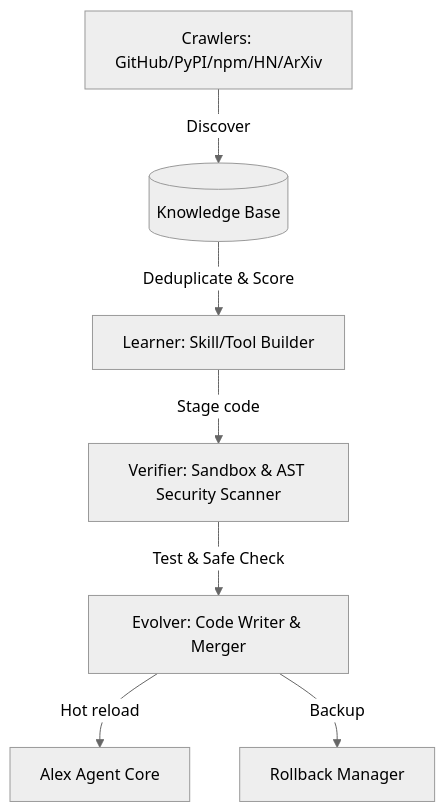
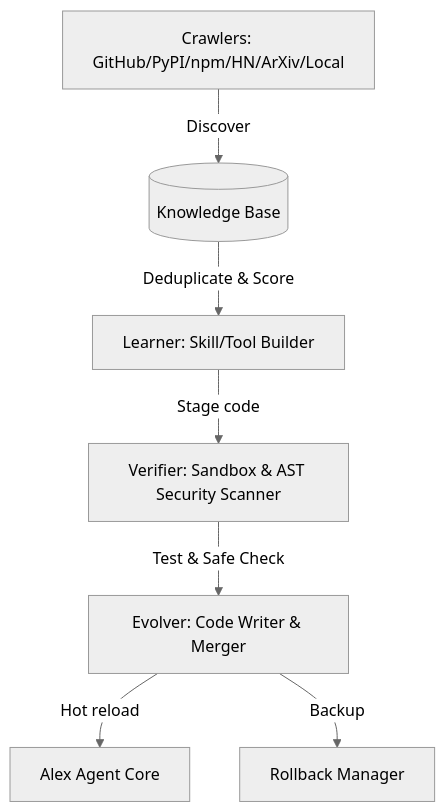
The diagram in README.md (anxcrn/Alex-Agent), drawn with Mermaid (neutral theme) before and after one commit. The commit also changed other lines of this file and 85 other files, not shown here.

````diff
--- a/README.md
+++ b/README.md
@@ -38,9 +35,9 @@
 ```mermaid
 graph TD
-    A[Crawlers: GitHub/PyPI/npm/HN/ArXiv] -->|Discover| B[(Knowledge Base)]
+    A[Crawlers: GitHub/PyPI/npm/HN/ArXiv/Local] -->|Discover| B[(Knowledge Base)]
     B -->|Deduplicate & Score| C[Learner: Skill/Tool Builder]
     C -->|Stage code| D[Verifier: Sandbox & AST Security Scanner]
     D -->|Test & Safe Check| E[Evolver: Code Writer & Merger]
     E -->|Hot reload| F[Alex Agent Core]
     E -->|Backup| G[Rollback Manager]
 ```
````
